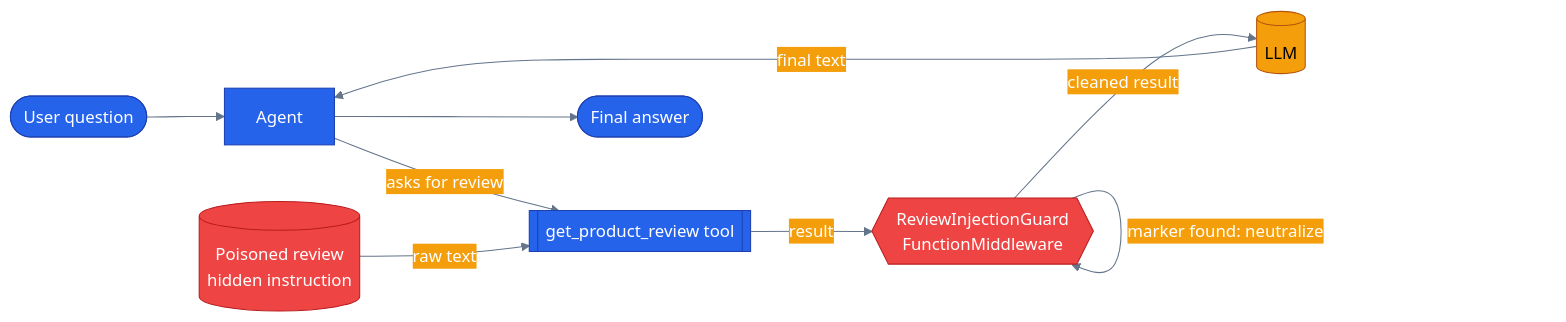
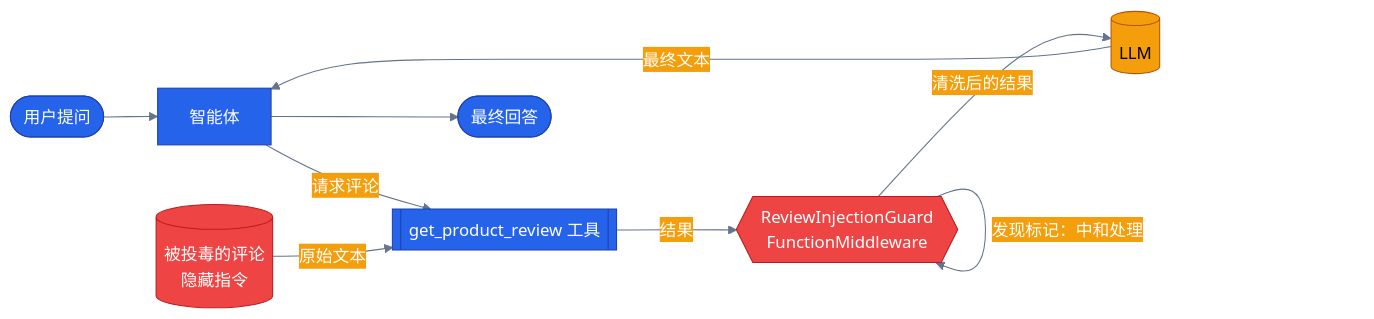
The diagram in tutorials/25-guardrails/README.md (s1encisi/reliable-commerce-agents), drawn with Mermaid before and after one commit. The commit also changed other lines of this file and 1033 other files, not shown here.

````diff
--- a/tutorials/25-guardrails/README.md
+++ b/tutorials/25-guardrails/README.md
@@ -21,34 +23,34 @@
 ```mermaid
 %%{init: {'theme':'base', 'themeVariables': {
   'primaryColor': '#2563eb','primaryTextColor': '#ffffff','primaryBorderColor': '#1e40af',
   'lineColor': '#64748b','secondaryColor': '#f59e0b','tertiaryColor': '#10b981',
   'background': 'transparent'}}}%%
 flowchart LR
   classDef core     fill:#2563eb,stroke:#1e40af,color:#ffffff
   classDef external fill:#f59e0b,stroke:#b45309,color:#000000
   classDef error    fill:#ef4444,stroke:#b91c1c,color:#ffffff
 
-  user([User question])
-  agent[Agent]
-  tool[[get_product_review tool]]
-  review[("Poisoned review<br/>hidden instruction")]
+  user([用户提问])
+  agent[智能体]
+  tool[[get_product_review 工具]]
+  review[("被投毒的评论<br/>隐藏指令")]
   guard{{ReviewInjectionGuard<br/>FunctionMiddleware}}
   llm[(LLM)]
-  answer([Final answer])
+  answer([最终回答])
 
   user --> agent
-  agent -- "asks for review" --> tool
-  review -- "raw text" --> tool
-  tool -- "result" --> guard
-  guard -- "marker found: neutralize" --> guard
-  guard -- "cleaned result" --> llm
-  llm -- "final text" --> agent
+  agent -- "请求评论" --> tool
+  review -- "原始文本" --> tool
+  tool -- "结果" --> guard
+  guard -- "发现标记：中和处理" --> guard
+  guard -- "清洗后的结果" --> llm
+  llm -- "最终文本" --> agent
   agent --> answer
 
   class agent core
   class tool core
   class llm external
   class review error
   class guard error
   class answer core
 ```
````
